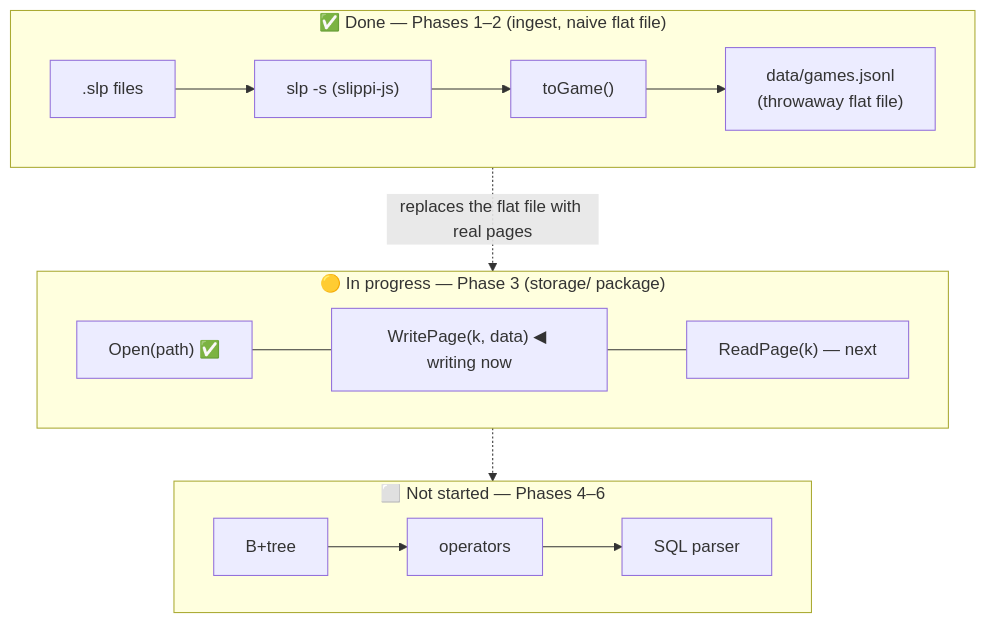
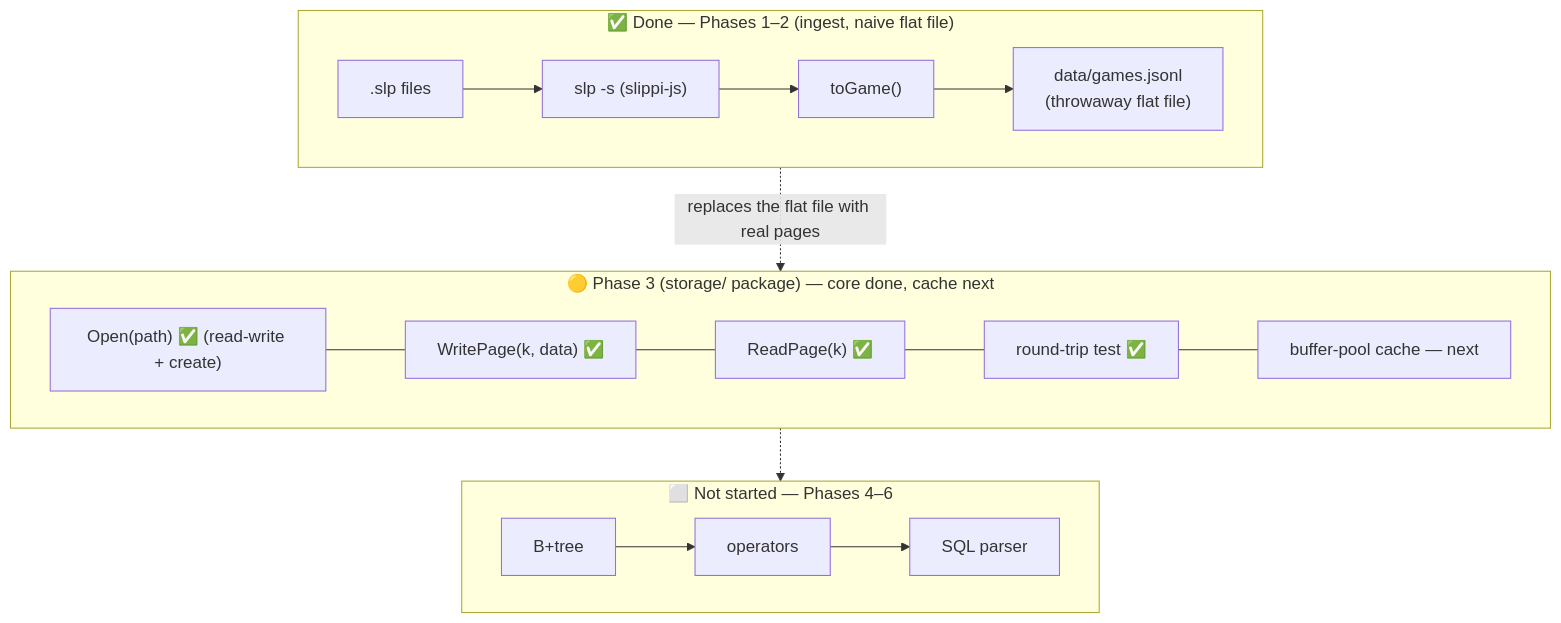
One commit to Joey-Farah/srsdb changed the fourth of 4 diagrams in ARCHITECTURE.md. Above: the diagram before and after it, drawn with Mermaid. The commit also changed 1 other file, not shown here.

Commit message:
Phase 3 docs: mark ReadPage + round-trip test done; cache next

````diff
--- a/ARCHITECTURE.md
+++ b/ARCHITECTURE.md
@@ -94,20 +94,22 @@
 ```mermaid
 flowchart TB
     subgraph DONE["✅ Done — Phases 1–2 (ingest, naive flat file)"]
         SLP[".slp files"] --> JS["slp -s (slippi-js)"] --> TOGAME["toGame()"] --> JSONL["data/games.jsonl<br/>(throwaway flat file)"]
     end
 
-    subgraph NOW["🟡 In progress — Phase 3 (storage/ package)"]
-        OPEN["Open(path) ✅"]
-        WRITE["WritePage(k, data) ◀ writing now"]
-        READ["ReadPage(k) — next"]
-        OPEN --- WRITE --- READ
+    subgraph NOW["🟡 Phase 3 (storage/ package) — core done, cache next"]
+        OPEN["Open(path) ✅ (read-write + create)"]
+        WRITE["WritePage(k, data) ✅"]
+        READ["ReadPage(k) ✅"]
+        TEST["round-trip test ✅"]
+        CACHE["buffer-pool cache — next"]
+        OPEN --- WRITE --- READ --- TEST --- CACHE
     end
 
     subgraph LATER["⬜ Not started — Phases 4–6"]
         TREE["B+tree"] --> OPSX["operators"] --> SQLX["SQL parser"]
     end
 
     DONE -.->|"replaces the flat file with real pages"| NOW
     NOW -.-> LATER
 ```
````
